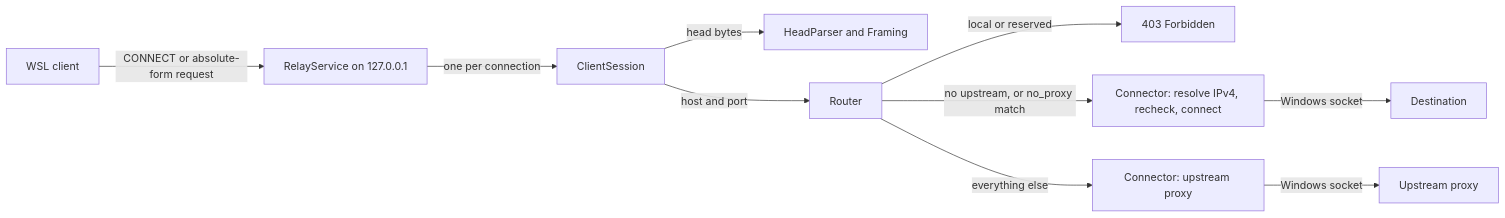
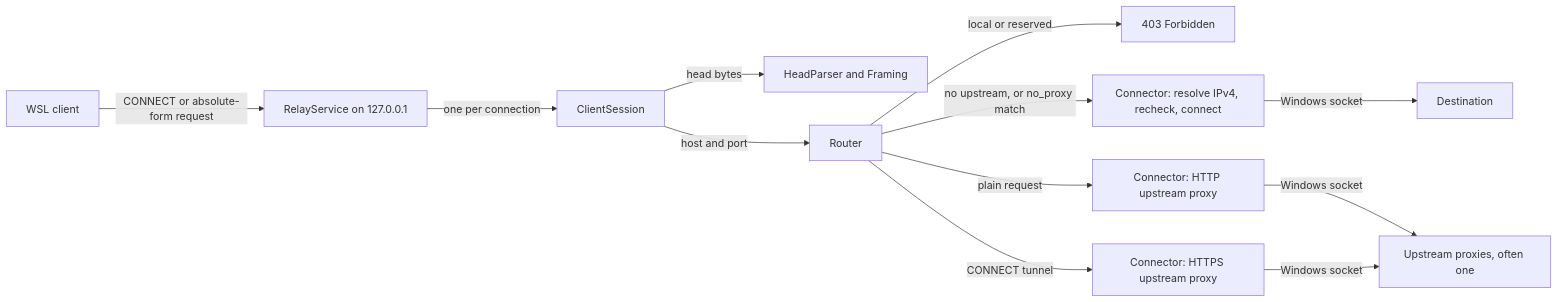
One commit to froazin/hairpin changed the diagram in Docs/relay.md. Above: the diagram before and after it, drawn with Mermaid. The commit also changed other lines of this file and 19 other files, not shown here.

First line of the commit message:
feat(relay): Set the HTTP and HTTPS upstream proxies separately (#10)

````diff
--- a/Docs/relay.md
+++ b/Docs/relay.md
@@ -23,14 +23,16 @@
 ```mermaid
 flowchart LR
     accTitle: How the relay routes a request
-    accDescr: A WSL client sends a request to RelayService on 127.0.0.1. ClientSession parses it with HeadParser, normalises the host and asks Router. Router refuses local destinations, sends bypass-list matches and everything when there is no upstream straight to the destination through Connector, and sends the rest to the upstream proxy.
+    accDescr: A WSL client sends a request to RelayService on 127.0.0.1. ClientSession parses it with HeadParser, normalises the host and asks Router. Router refuses local destinations, sends bypass-list matches and everything without an upstream straight to the destination through Connector, and sends the rest to the HTTP upstream proxy for plain requests or the HTTPS upstream proxy for CONNECT tunnels.
     client[WSL client] -->|CONNECT or absolute-form request| service[RelayService on 127.0.0.1]
     service -->|one per connection| session[ClientSession]
     session -->|head bytes| parser[HeadParser and Framing]
     session -->|host and port| router[Router]
     router -->|local or reserved| deny[403 Forbidden]
     router -->|no upstream, or no_proxy match| direct[Connector: resolve IPv4, recheck, connect]
-    router -->|everything else| upstream[Connector: upstream proxy]
+    router -->|plain request| httpUpstream[Connector: HTTP upstream proxy]
+    router -->|CONNECT tunnel| httpsUpstream[Connector: HTTPS upstream proxy]
     direct -->|Windows socket| destination[Destination]
-    upstream -->|Windows socket| proxy[Upstream proxy]
+    httpUpstream -->|Windows socket| proxy[Upstream proxies, often one]
+    httpsUpstream -->|Windows socket| proxy
 ```
````
